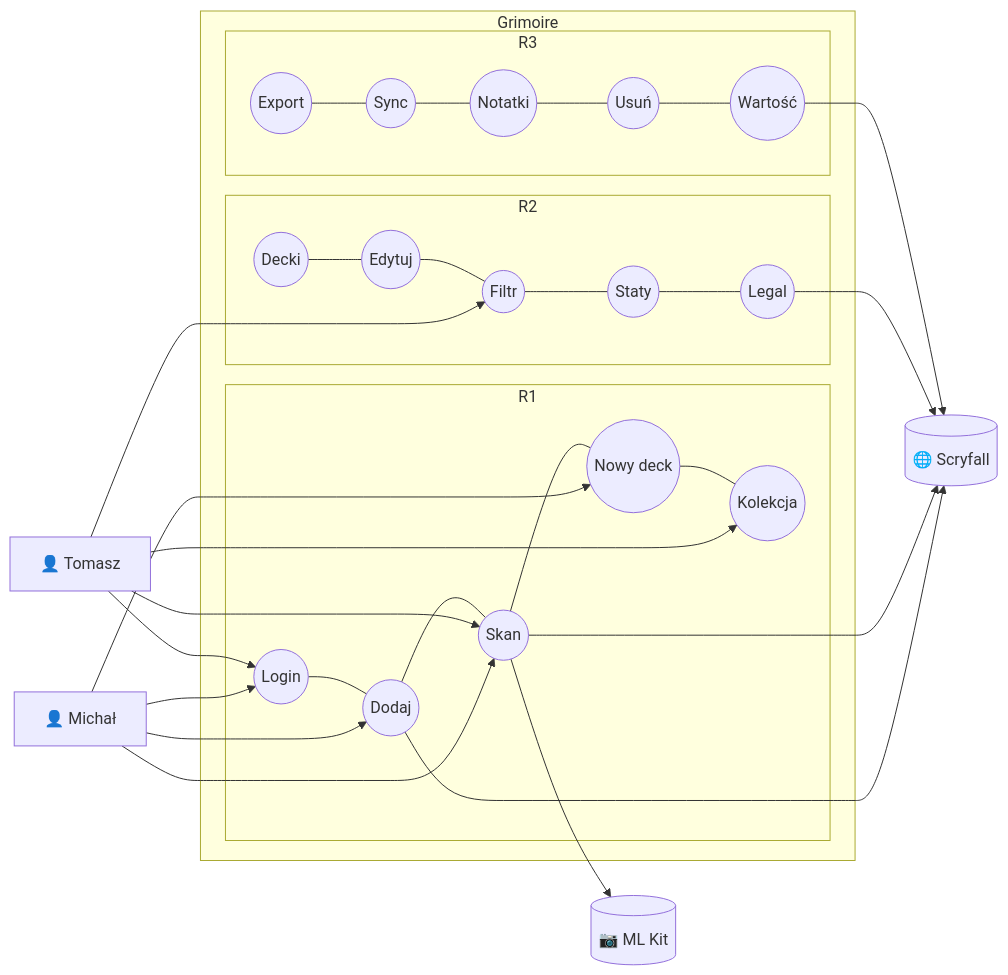
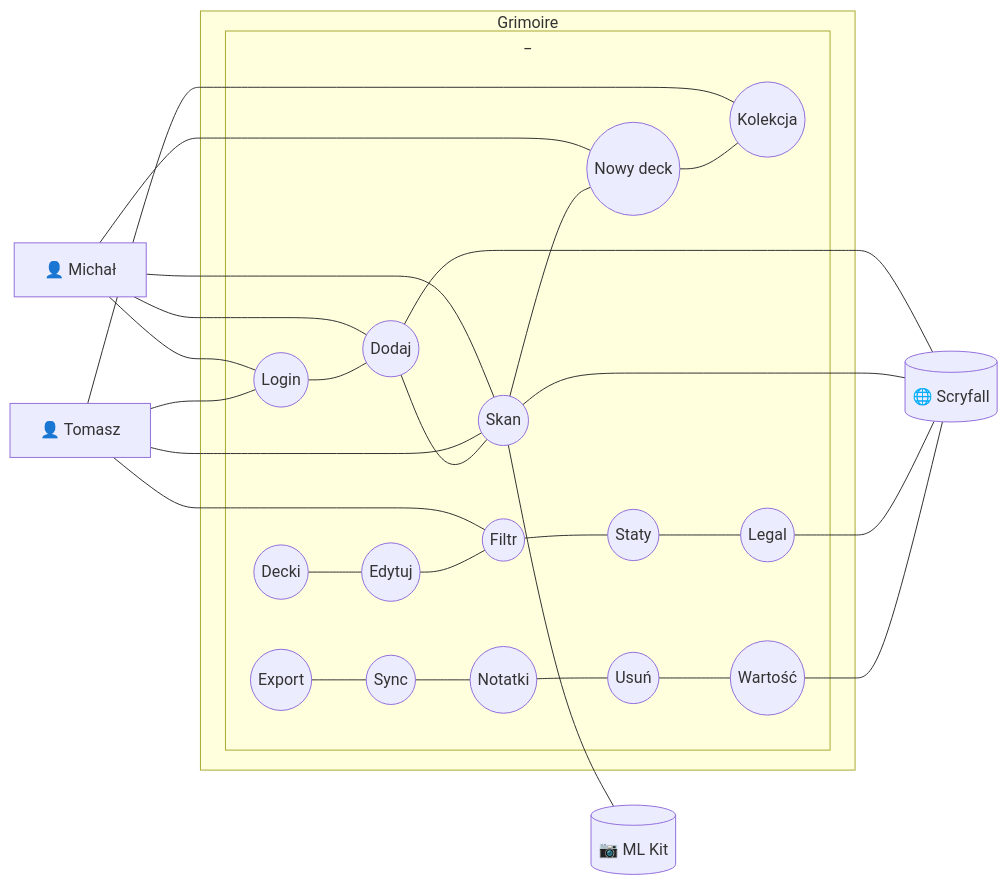
The third of 3 diagrams in docs/zadanie3/przypadki_uml.md (IO-2026-Pryncypalki/Grimoire_MTG), drawn with Mermaid before and after one commit. The commit also changed other lines of this file, not shown here.

````diff
--- a/docs/zadanie3/przypadki_uml.md
+++ b/docs/zadanie3/przypadki_uml.md
@@ -103,56 +103,56 @@
 ```mermaid
 graph LR
     Michal["👤 Michał"]
     Tomasz["👤 Tomasz"]
 
     subgraph Grimoire
 
-        subgraph R1
+        subgraph _
             UC01(("Login"))
             UC02(("Dodaj"))
             UC03(("Skan"))
             UC04(("Nowy deck"))
             UC05(("Kolekcja"))
         end
 
-        subgraph R2
+        subgraph _
             UC06(("Decki"))
             UC07(("Edytuj"))
             UC08(("Filtr"))
             UC09(("Staty"))
             UC10(("Legal"))
         end
 
-        subgraph R3
+        subgraph _
             UC11(("Export"))
             UC12(("Sync"))
             UC13(("Notatki"))
             UC14(("Usuń"))
             UC15(("Wartość"))
         end
     end
 
     Scryfall[("🌐 Scryfall")]
     MLKit[("📷 ML Kit")]
 
-    Michal --> UC01
-    Michal --> UC02
-    Michal --> UC03
-    Michal --> UC04
+    Michal --- UC01
+    Michal --- UC02
+    Michal --- UC03
+    Michal --- UC04
 
-    Tomasz --> UC01
-    Tomasz --> UC03
-    Tomasz --> UC05
-    Tomasz --> UC08
+    Tomasz --- UC01
+    Tomasz --- UC03
+    Tomasz --- UC05
+    Tomasz --- UC08
 
     %% wymuszenie poziomów
     UC01 --- UC02 --- UC03 --- UC04 --- UC05
     UC06 --- UC07 --- UC08 --- UC09 --- UC10
     UC11 --- UC12 --- UC13 --- UC14 --- UC15
 
-    UC02 --> Scryfall
-    UC03 --> MLKit
-    UC03 --> Scryfall
-    UC10 --> Scryfall
-    UC15 --> Scryfall
+    UC02 --- Scryfall
+    UC03 --- MLKit
+    UC03 --- Scryfall
+    UC10 --- Scryfall
+    UC15 --- Scryfall
 ```
````
